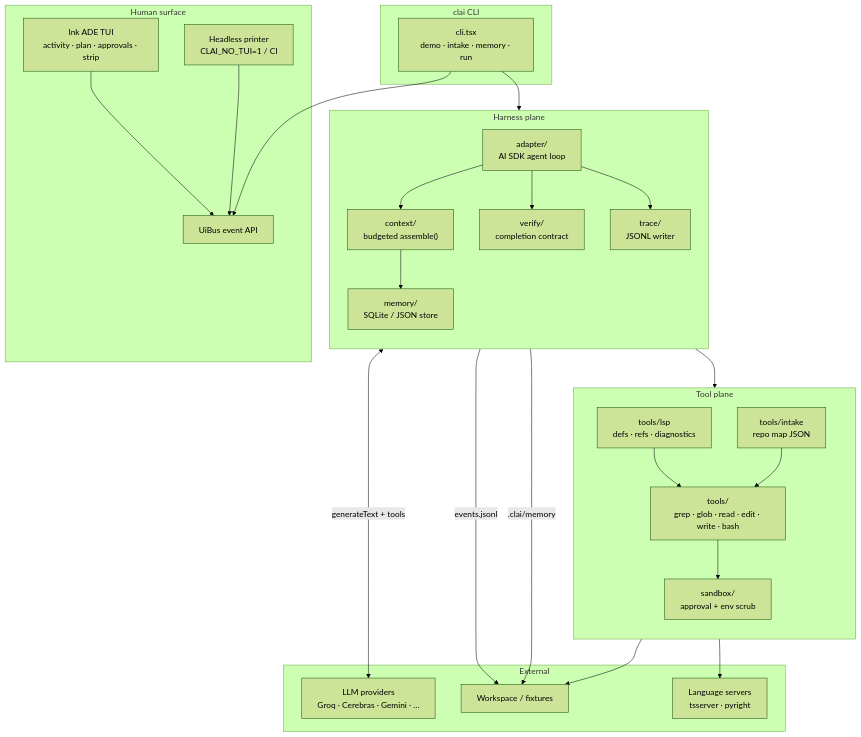
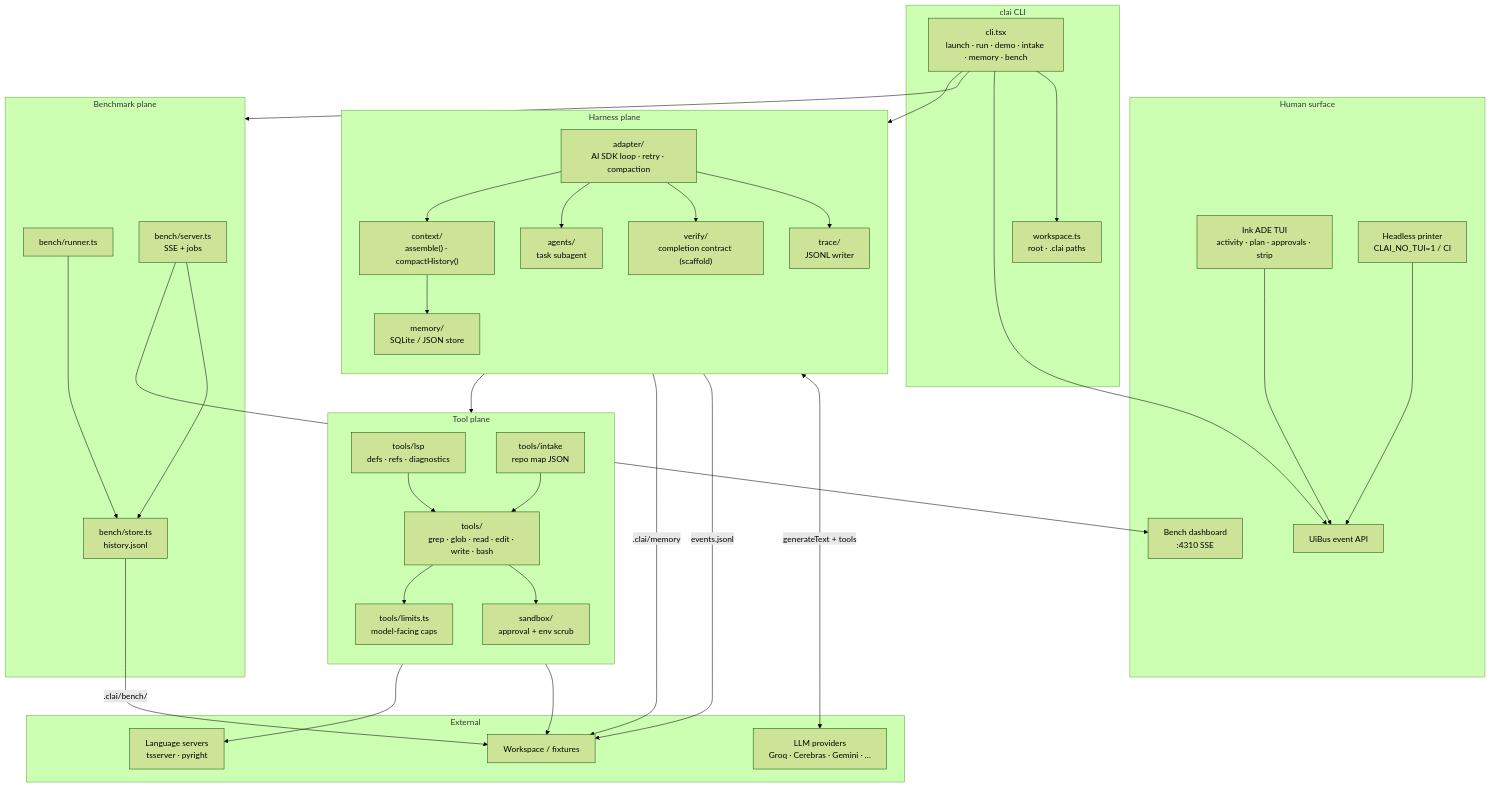
One commit to rajofearth/CodeRush2.0_TeamKnull changed the first of 10 diagrams in docs/ARCHITECTURE.md. Above: the diagram before and after it, drawn with Mermaid (forest theme). The commit also changed other lines of this file, not shown here.

Commit message:
updated architecture file

````diff
--- a/docs/ARCHITECTURE.md
+++ b/docs/ARCHITECTURE.md
@@ -26,53 +28,71 @@
 ```mermaid
 flowchart TB
   subgraph Human["Human surface"]
     TUI["Ink ADE TUI<br/>activity · plan · approvals · strip"]
     Headless["Headless printer<br/>CLAI_NO_TUI=1 / CI"]
+    Dashboard["Bench dashboard<br/>:4310 SSE"]
     UiBus["UiBus event API"]
     TUI --> UiBus
     Headless --> UiBus
   end
 
   subgraph CLI["clai CLI"]
-    Entry["cli.tsx<br/>demo · intake · memory · run"]
+    Entry["cli.tsx<br/>launch · run · demo · intake · memory · bench"]
+    WS["workspace.ts<br/>root · .clai paths"]
+    Entry --> WS
   end
 
   subgraph Harness["Harness plane"]
   direction TB
-    Adapter["adapter/<br/>AI SDK agent loop"]
-    Context["context/<br/>budgeted assemble()"]
+    Adapter["adapter/<br/>AI SDK loop · retry · compaction"]
+    Context["context/<br/>assemble() · compactHistory()"]
     Memory["memory/<br/>SQLite / JSON store"]
-    Verify["verify/<br/>completion contract"]
+    Agents["agents/<br/>task subagent"]
+    Verify["verify/<br/>completion contract (scaffold)"]
     Trace["trace/<br/>JSONL writer"]
     Context --> Memory
     Adapter --> Context
+    Adapter --> Agents
     Adapter --> Verify
     Adapter --> Trace
   end
 
   subgraph Tool["Tool plane"]
   direction TB
     Tools["tools/<br/>grep · glob · read · edit · write · bash"]
+    Limits["tools/limits.ts<br/>model-facing caps"]
     LSP["tools/lsp<br/>defs · refs · diagnostics"]
     Intake["tools/intake<br/>repo map JSON"]
     Sandbox["sandbox/<br/>approval + env scrub"]
+    Tools --> Limits
     Tools --> Sandbox
     LSP --> Tools
     Intake --> Tools
+  end
+
+  subgraph Bench["Benchmark plane"]
+    Runner["bench/runner.ts"]
+    Server["bench/server.ts<br/>SSE + jobs"]
+    Store["bench/store.ts<br/>history.jsonl"]
+    Runner --> Store
+    Server --> Store
+    Server --> Dashboard
   end
 
   subgraph External["External"]
     LLM["LLM providers<br/>Groq · Cerebras · Gemini · …"]
     Repo["Workspace / fixtures"]
     LspSrv["Language servers<br/>tsserver · pyright"]
   end
 
   Entry --> UiBus
   Entry --> Adapter
+  Entry --> Bench
   Adapter <-->|"generateText + tools"| LLM
   Adapter --> Tools
   Tools --> Repo
   LSP --> LspSrv
   Trace -->|"events.jsonl"| Repo
   Memory -->|"`.clai/memory`"| Repo
+  Store -->|"`.clai/bench/`"| Repo
 ```
````
